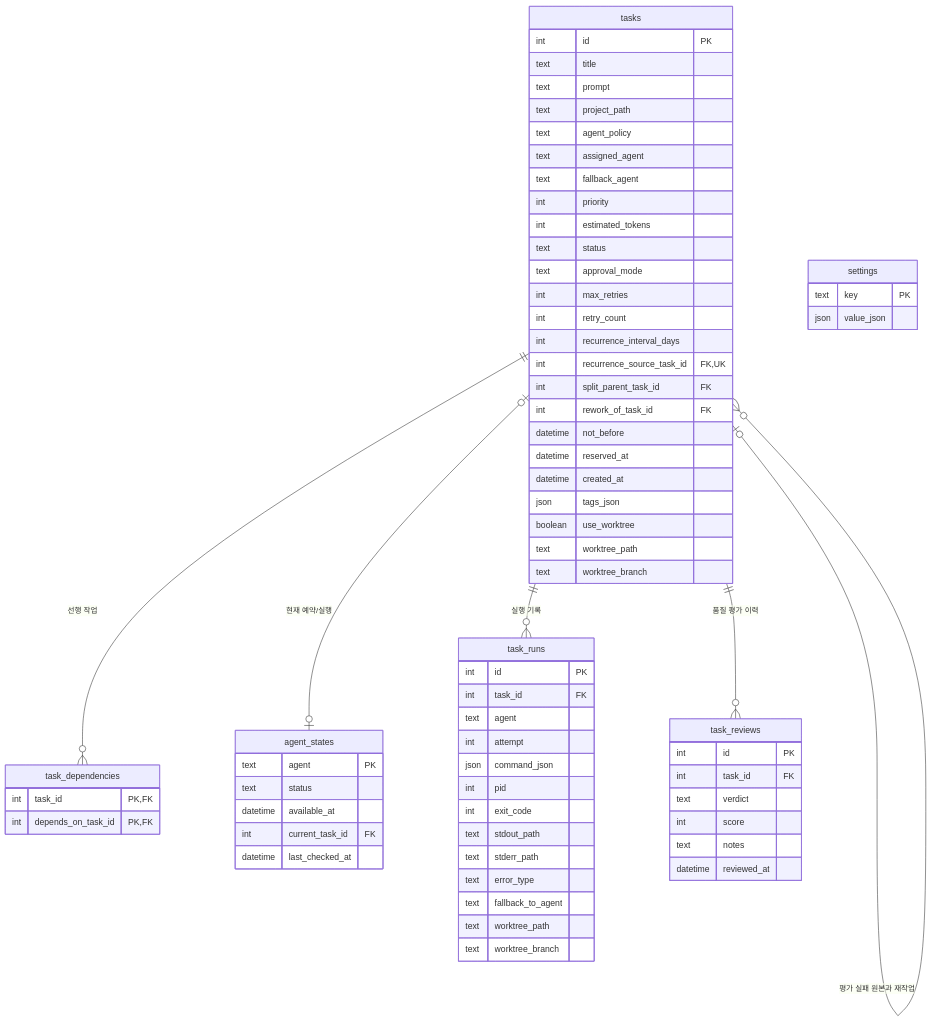
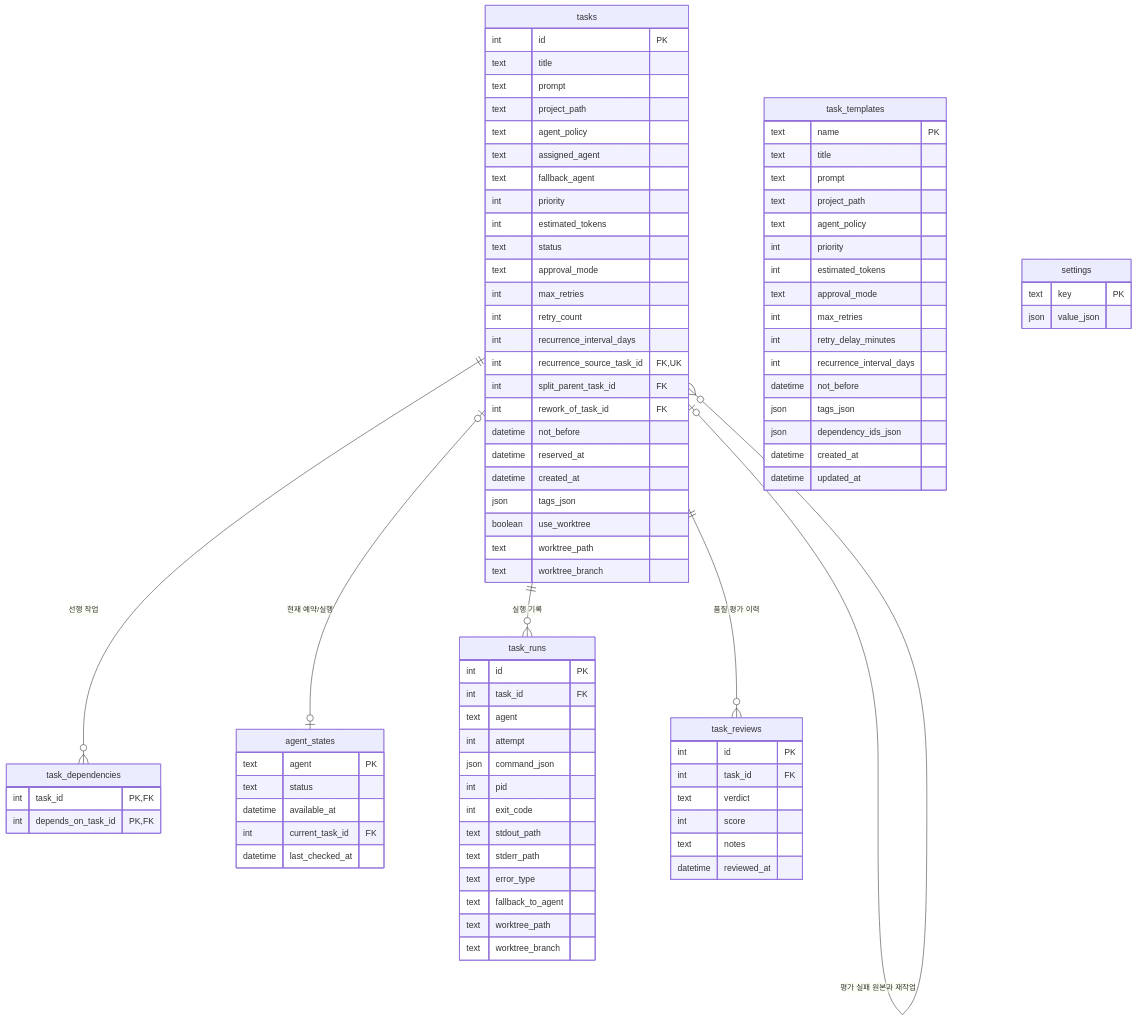
Before and after one commit to jasonwpgml/AQR: the second of 4 diagrams in ai-queue-runner/docs/ARCHITECTURE.md, drawn with Mermaid. The commit also changed other lines of this file and 16 other files, not shown here.

First line of the commit message:
feat: reusable task templates with variable substitution (T035)

```diff
--- a/ai-queue-runner/docs/ARCHITECTURE.md
+++ b/ai-queue-runner/docs/ARCHITECTURE.md
@@ -130,6 +132,24 @@
         text notes
         datetime reviewed_at
     }
+    task_templates {
+        text name PK
+        text title
+        text prompt
+        text project_path
+        text agent_policy
+        int priority
+        int estimated_tokens
+        text approval_mode
+        int max_retries
+        int retry_delay_minutes
+        int recurrence_interval_days
+        datetime not_before
+        json tags_json
+        json dependency_ids_json
+        datetime created_at
+        datetime updated_at
+    }
     settings {
         text key PK
         json value_json
```
